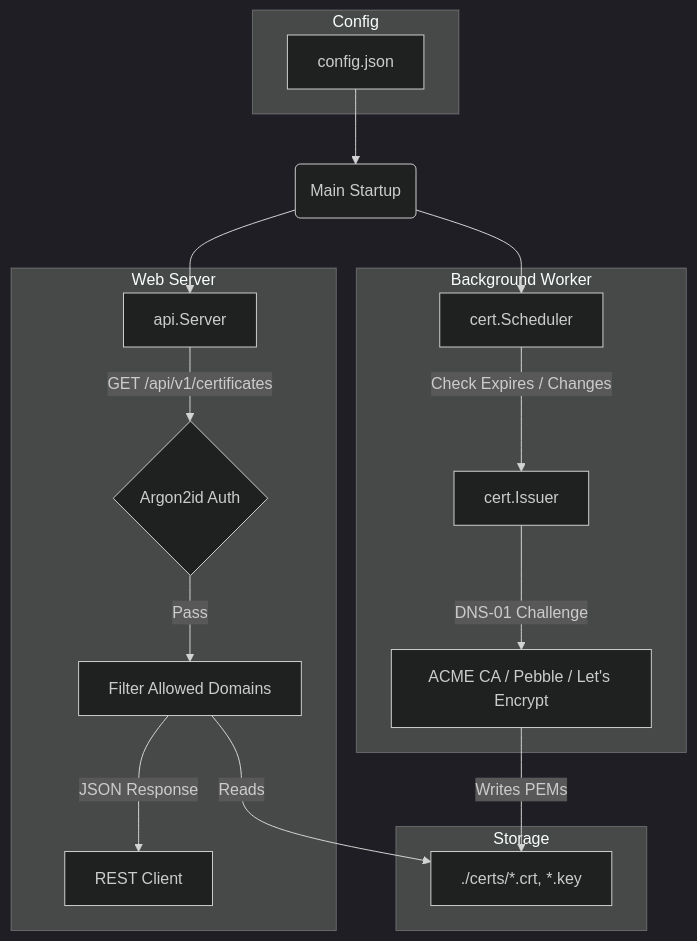
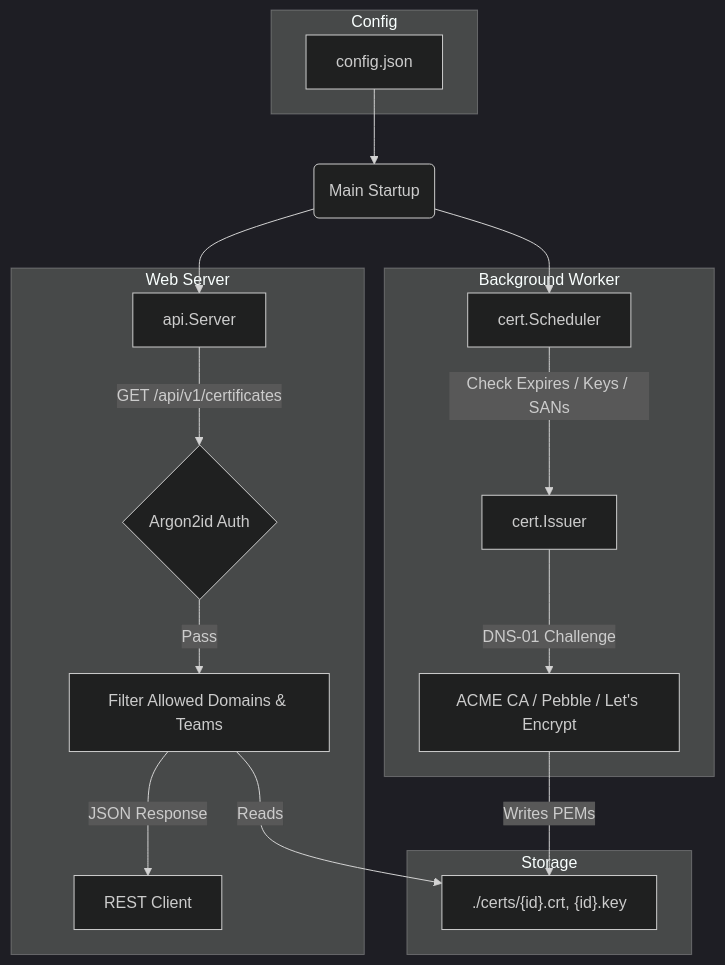
Before and after one commit to Menschomat/certer: the diagram in GEMINI.md, drawn with Mermaid (dark theme). The commit also changed other lines of this file, not shown here.

````diff
--- a/GEMINI.md
+++ b/GEMINI.md
@@ -24,23 +25,23 @@
 ```mermaid
 graph TD
     subgraph Storage
-        Certs[./certs/*.crt, *.key]
+        Certs["./certs/{id}.crt, {id}.key"]
     end
     subgraph Config
         JSON[config.json]
     end
     subgraph Background Worker
-        Sched[cert.Scheduler] -->|Check Expires / Changes| Issuer[cert.Issuer]
+        Sched[cert.Scheduler] -->|Check Expires / Keys / SANs| Issuer[cert.Issuer]
         Issuer -->|DNS-01 Challenge| ACME[ACME CA / Pebble / Let's Encrypt]
         ACME -->|Writes PEMs| Certs
     end
     subgraph Web Server
         API[api.Server] -->|GET /api/v1/certificates| Auth{Argon2id Auth}
-        Auth -->|Pass| Filter[Filter Allowed Domains]
+        Auth -->|Pass| Filter[Filter Allowed Domains & Teams]
         Filter -->|Reads| Certs
         Filter -->|JSON Response| Client[REST Client]
     end
     JSON --> B(Main Startup)
     B --> Sched
     B --> API
 ```
````
